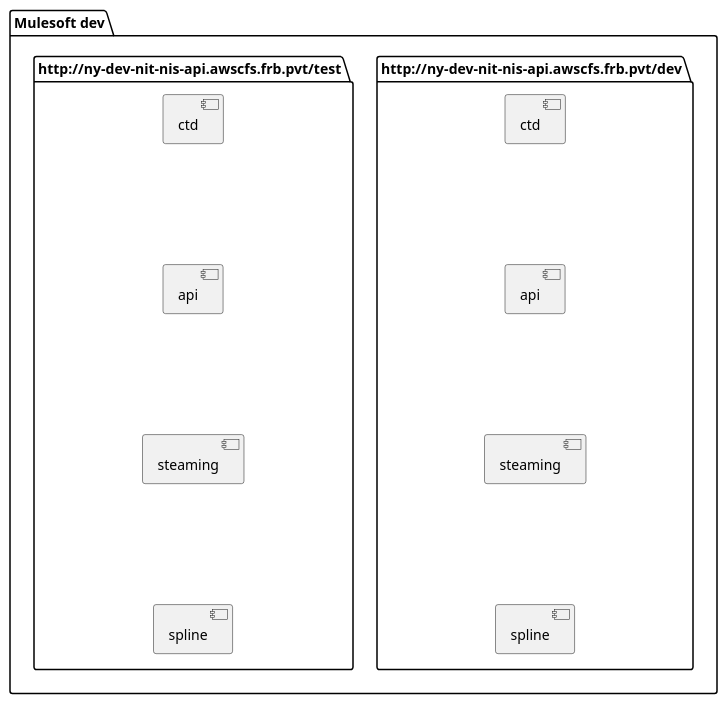
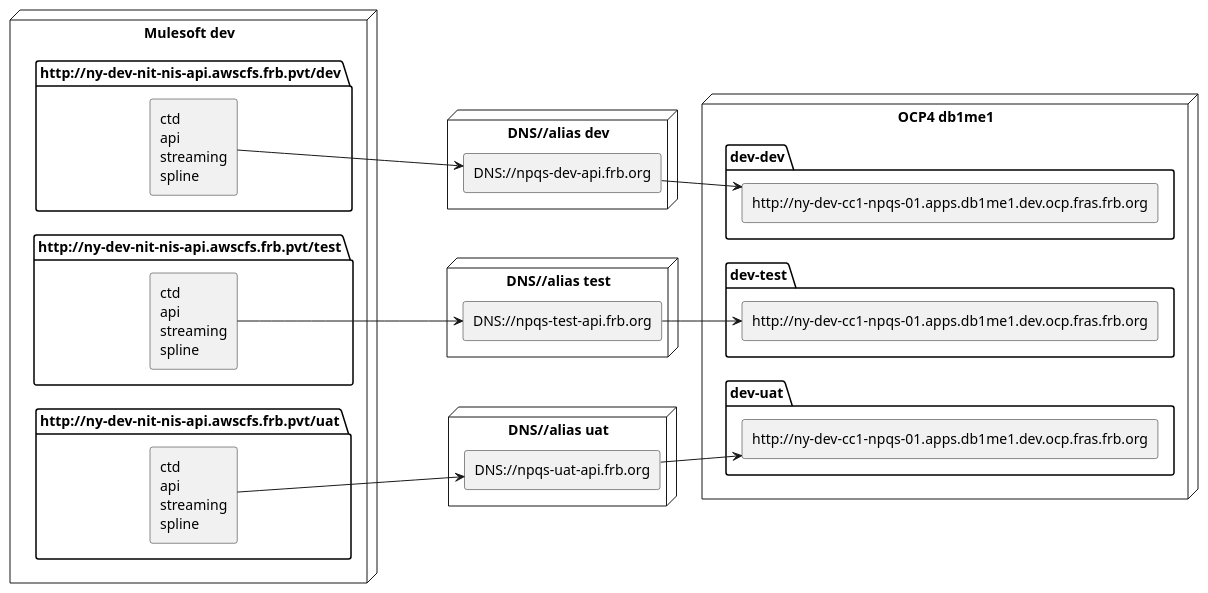
The diagram in drawings-puml/proto_PUML.puml (squidpan/API-integration), drawn with PlantUML before and after one commit.

Commit message:
env - ms -pcp4
env - ms -pcp4

```diff
--- a/drawings-puml/proto_PUML.puml
+++ b/drawings-puml/proto_PUML.puml
@@ -1,30 +1,70 @@
 @startuml
 
+skinparam ComponentStyle rectangle
+left to right direction
 set namespaceSeparator none
-package "Mulesoft dev" {
+
+node "Mulesoft dev" {
     
     package "http://ny-dev-nit-nis-api.awscfs.frb.pvt/dev" {
-        [ctd] as ctd
-        [api] as api
-        [steaming] as streaming
-        [spline] as spline
-
-        ctd -[hidden]-- api
-        api -[hidden]--streaming
-        streaming -[hidden]--spline
+        [ctd\napi\nstreaming\nspline] as assetdev
+    
     }
  
     package "http://ny-dev-nit-nis-api.awscfs.frb.pvt/test" {
-        [ctd] as ctd1
-        [api] as api1
-        [steaming] as streaming1
-        [spline] as spline1
-
-        ctd1 -[hidden]-- api1
-        api1 -[hidden]--streaming1
-        streaming1 -[hidden]--spline1
+        [ctd\napi\nstreaming\nspline] as assettest
+    
+        'assetdev -[hidden]-- assettest
     }
 
+    package "http://ny-dev-nit-nis-api.awscfs.frb.pvt/uat" {
+        [ctd\napi\nstreaming\nspline] as assetuat
+    
+        'assetdev -[hidden]-- assettest
+    }
+    'assetdev --> assettest
+}
+'left to right direction
 
+node "DNS//alias dev" {
+    [DNS://npqs-dev-api.frb.org] as aliasdev
 }
+
+node "DNS//alias test" {
+    [DNS://npqs-test-api.frb.org] as aliastest
+}
+node "DNS//alias uat" {
+    [DNS://npqs-uat-api.frb.org] as aliasuat
+}
+
+
+'OCP4 -dev
+
+node "OCP4 db1me1" {
+    
+    package "dev-dev" {
+        [http://ny-dev-cc1-npqs-01.apps.db1me1.dev.ocp.fras.frb.org] as ablaydevdev
+    
+    }
+ 
+    package "dev-test" {
+        [http://ny-dev-cc1-npqs-01.apps.db1me1.dev.ocp.fras.frb.org] as ablaydevtest
+    
+    }
+
+    package "dev-uat" {
+        [http://ny-dev-cc1-npqs-01.apps.db1me1.dev.ocp.fras.frb.org] as ablaydevuat
+    
+    
+    }
+    
+}
+
+assetdev --> aliasdev
+assettest --> aliastest
+assetuat --> aliasuat
+aliasdev --> ablaydevdev
+aliastest --> ablaydevtest
+aliasuat --> ablaydevuat
+
 @enduml
```
